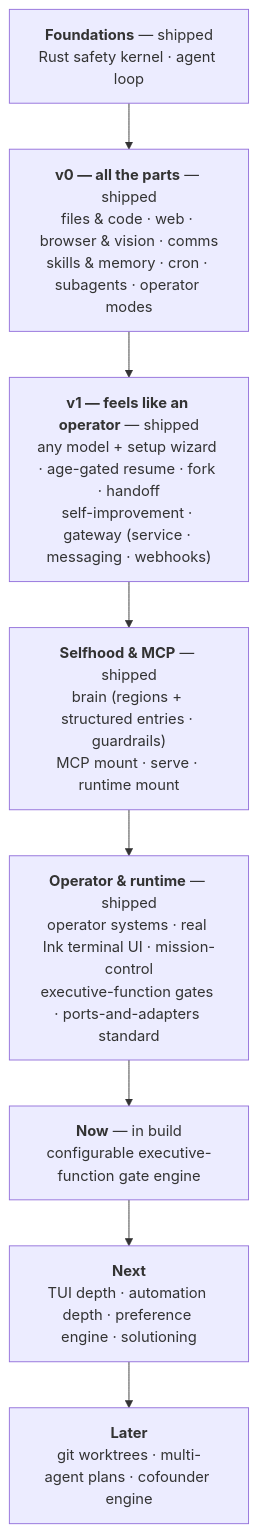
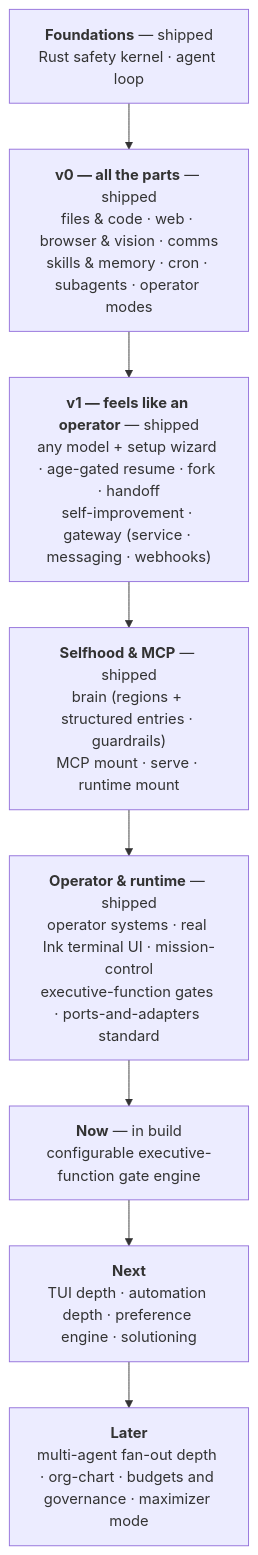
One commit to jpoindexter/Vanta changed the first of 3 diagrams in vanta-website/docs/roadmap.md. Above: the diagram before and after it, drawn with Mermaid. The commit also changed other lines of this file and 3 other files, not shown here.

````diff
--- a/vanta-website/docs/roadmap.md
+++ b/vanta-website/docs/roadmap.md
@@ -23,12 +23,12 @@
 ```mermaid
 flowchart TB
   F["<b>Foundations</b> — shipped<br/>Rust safety kernel · agent loop"]
   V0["<b>v0 — all the parts</b> — shipped<br/>files & code · web · browser & vision · comms<br/>skills & memory · cron · subagents · operator modes"]
   V1["<b>v1 — feels like an operator</b> — shipped<br/>any model + setup wizard · age-gated resume · fork · handoff<br/>self-improvement · gateway (service · messaging · webhooks)"]
   SM["<b>Selfhood & MCP</b> — shipped<br/>brain (regions + structured entries · guardrails)<br/>MCP mount · serve · runtime mount"]
   OR["<b>Operator & runtime</b> — shipped<br/>operator systems · real Ink terminal UI · mission-control<br/>executive-function gates · ports-and-adapters standard"]
   NOW["<b>Now</b> — in build<br/>configurable executive-function gate engine"]
   NEXT["<b>Next</b><br/>TUI depth · automation depth · preference engine · solutioning"]
-  LATER["<b>Later</b><br/>git worktrees · multi-agent plans · cofounder engine"]
+  LATER["<b>Later</b><br/>multi-agent fan-out depth · org-chart · budgets and governance · maximizer mode"]
   F --> V0 --> V1 --> SM --> OR --> NOW --> NEXT --> LATER
 ```
````
